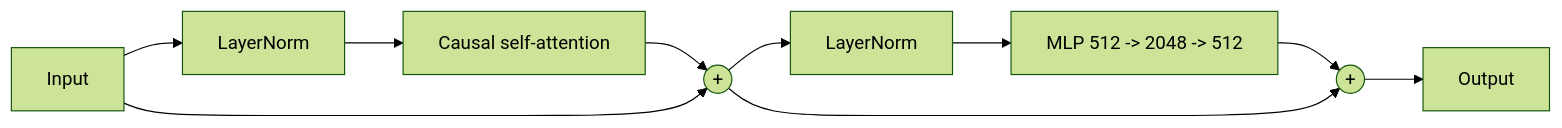
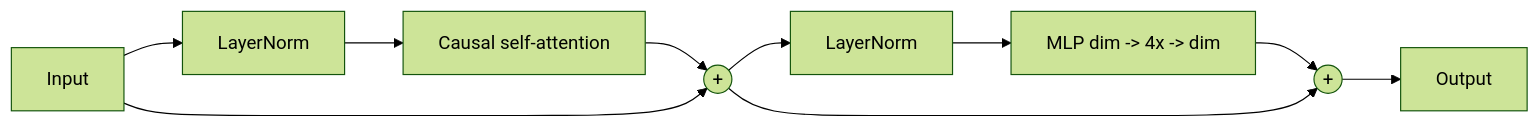
The first of 3 diagrams in README.md (yogeshsikhwal77/nanoGPT), drawn with Mermaid (forest theme) before and after one commit. The commit also changed other lines of this file and 6 other files, not shown here.

````diff
--- a/README.md
+++ b/README.md
@@ -109,8 +113,8 @@
 ```mermaid
 flowchart LR
     A[Input] --> B[LayerNorm] --> C[Causal self-attention] --> D((+))
     A --> D
-    D --> E[LayerNorm] --> F["MLP 512 -> 2048 -> 512"] --> G((+))
+    D --> E[LayerNorm] --> F["MLP dim -> 4x -> dim"] --> G((+))
     D --> G
     G --> H[Output]
 ```
````
